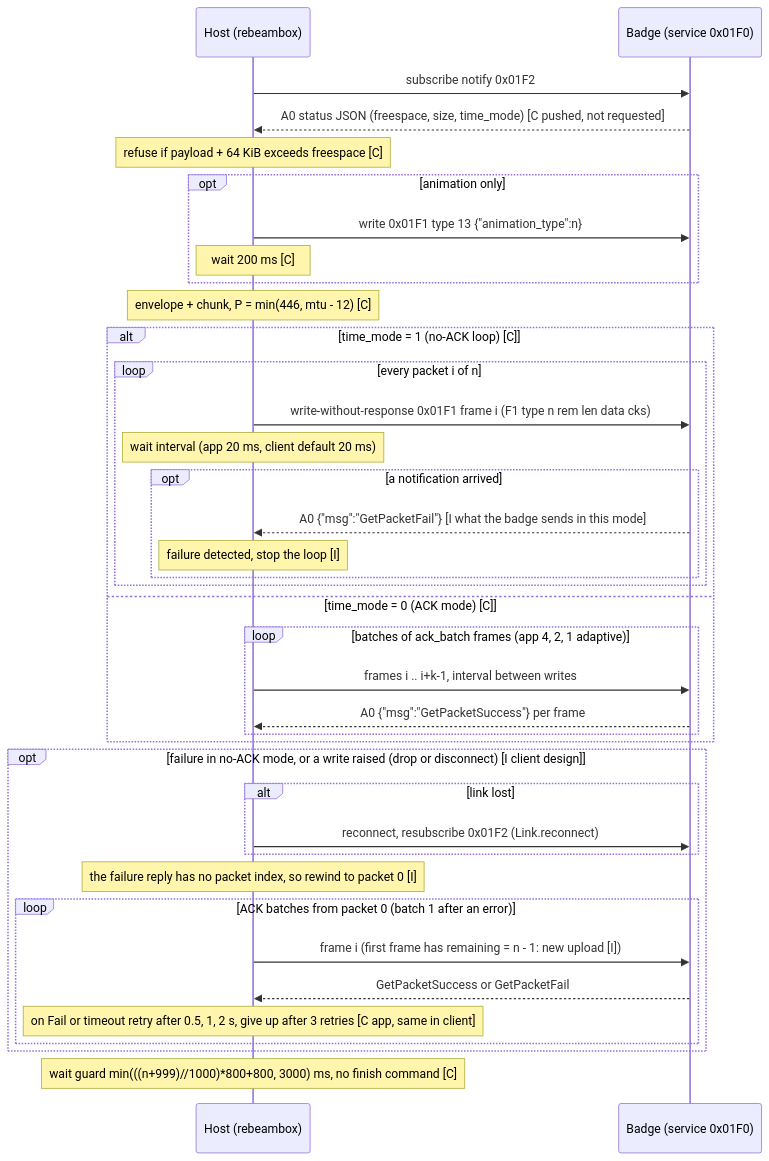
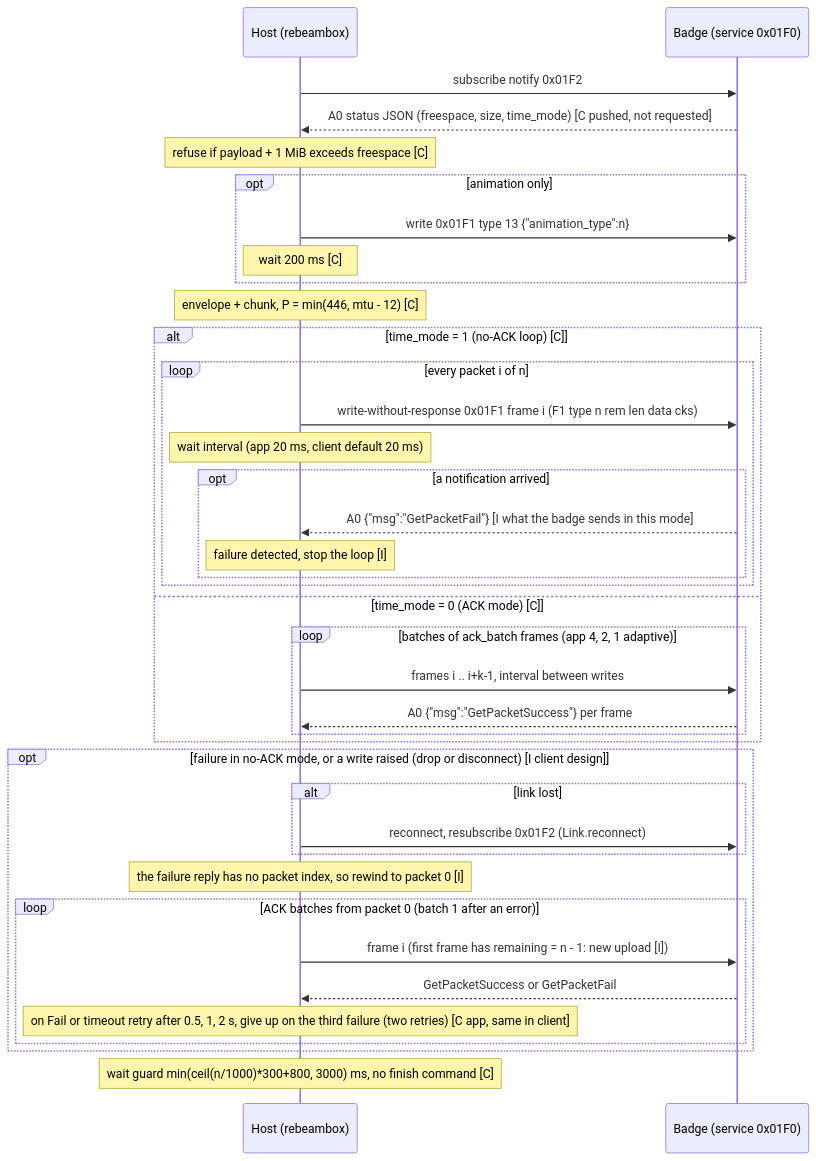
One commit to THAI-passport/reBeamBox changed the first of 3 diagrams in docs/PROTOCOL.md. Above: the diagram before and after it, drawn with Mermaid. The commit also changed other lines of this file and 7 other files, not shown here.

````diff
--- a/docs/PROTOCOL.md
+++ b/docs/PROTOCOL.md
@@ -174,40 +174,40 @@
 ```mermaid
 sequenceDiagram
     participant H as Host (rebeambox)
     participant B as Badge (service 0x01F0)
     H->>B: subscribe notify 0x01F2
     B-->>H: A0 status JSON (freespace, size, time_mode) [C pushed, not requested]
-    Note over H: refuse if payload + 64 KiB exceeds freespace [C]
+    Note over H: refuse if payload + 1 MiB exceeds freespace [C]
     opt animation only
         H->>B: write 0x01F1 type 13 {"animation_type":n}
         Note over H: wait 200 ms [C]
     end
     Note over H: envelope + chunk, P = min(446, mtu - 12) [C]
     alt time_mode = 1 (no-ACK loop) [C]
         loop every packet i of n
             H->>B: write-without-response 0x01F1 frame i (F1 type n rem len data cks)
             Note over H: wait interval (app 20 ms, client default 20 ms)
             opt a notification arrived
                 B-->>H: A0 {"msg":"GetPacketFail"} [I what the badge sends in this mode]
                 Note over H: failure detected, stop the loop [I]
             end
         end
     else time_mode = 0 (ACK mode) [C]
         loop batches of ack_batch frames (app 4, 2, 1 adaptive)
             H->>B: frames i .. i+k-1, interval between writes
             B-->>H: A0 {"msg":"GetPacketSuccess"} per frame
         end
     end
     opt failure in no-ACK mode, or a write raised (drop or disconnect) [I client design]
         alt link lost
             H->>B: reconnect, resubscribe 0x01F2 (Link.reconnect)
         end
         Note over H: the failure reply has no packet index, so rewind to packet 0 [I]
         loop ACK batches from packet 0 (batch 1 after an error)
             H->>B: frame i (first frame has remaining = n - 1: new upload [I])
             B-->>H: GetPacketSuccess or GetPacketFail
-            Note over H: on Fail or timeout retry after 0.5, 1, 2 s, give up after 3 retries [C app, same in client]
+            Note over H: on Fail or timeout retry after 0.5, 1, 2 s, give up on the third failure (two retries) [C app, same in client]
         end
     end
-    Note over H: wait guard min(((n+999)//1000)*800+800, 3000) ms, no finish command [C]
+    Note over H: wait guard min(ceil(n/1000)*300+800, 3000) ms, no finish command [C]
 ```
````
